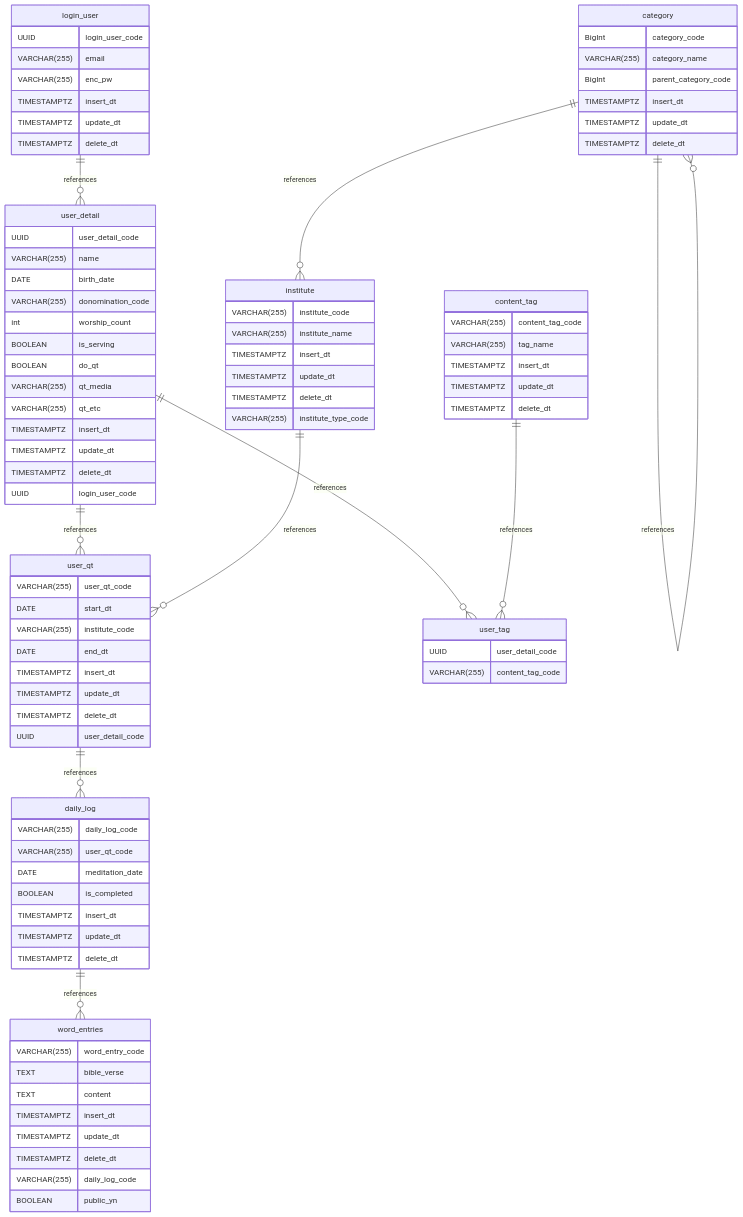
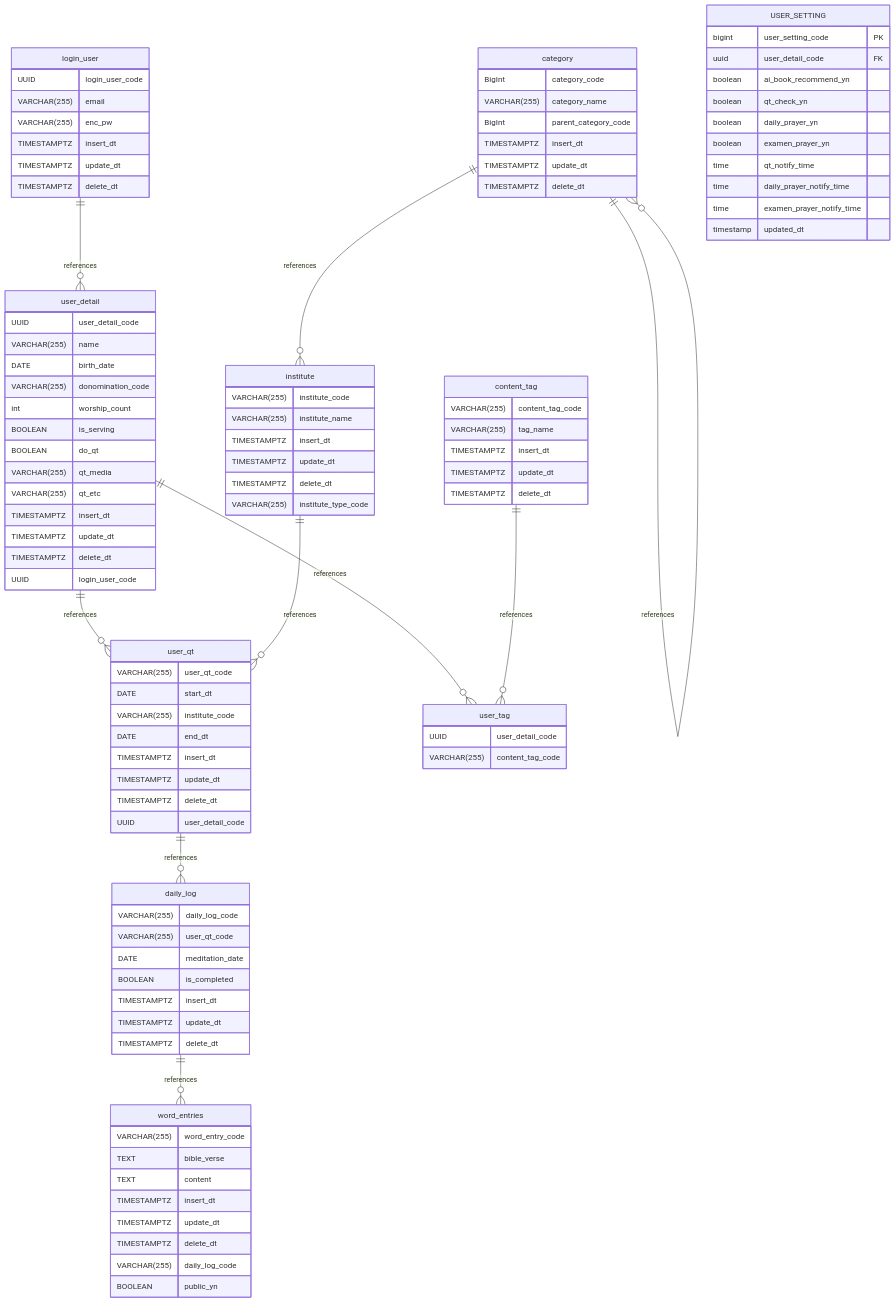
The diagram in README.md (LinaShinDev/daily-word-log), drawn with Mermaid before and after one commit.

```diff
--- a/README.md
+++ b/README.md
@@ -62,6 +62,19 @@
 		TIMESTAMPTZ delete_dt
 		UUID login_user_code
 	}
+
+	USER_SETTING {
+        bigint user_setting_code PK
+        uuid user_detail_code FK
+        boolean ai_book_recommend_yn
+        boolean qt_check_yn
+        boolean daily_prayer_yn
+        boolean examen_prayer_yn
+        time qt_notify_time
+        time daily_prayer_notify_time
+        time examen_prayer_notify_time
+        timestamp updated_dt
+    }
 
 	category {
 		BigInt category_code
```
